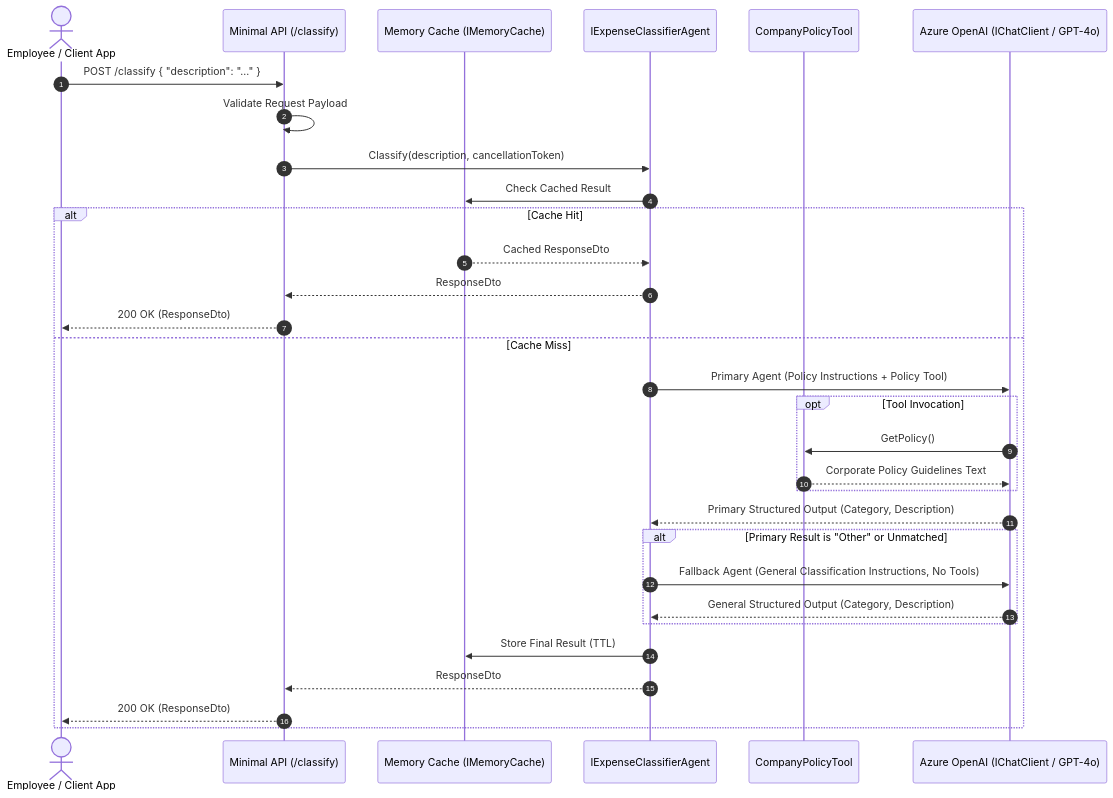
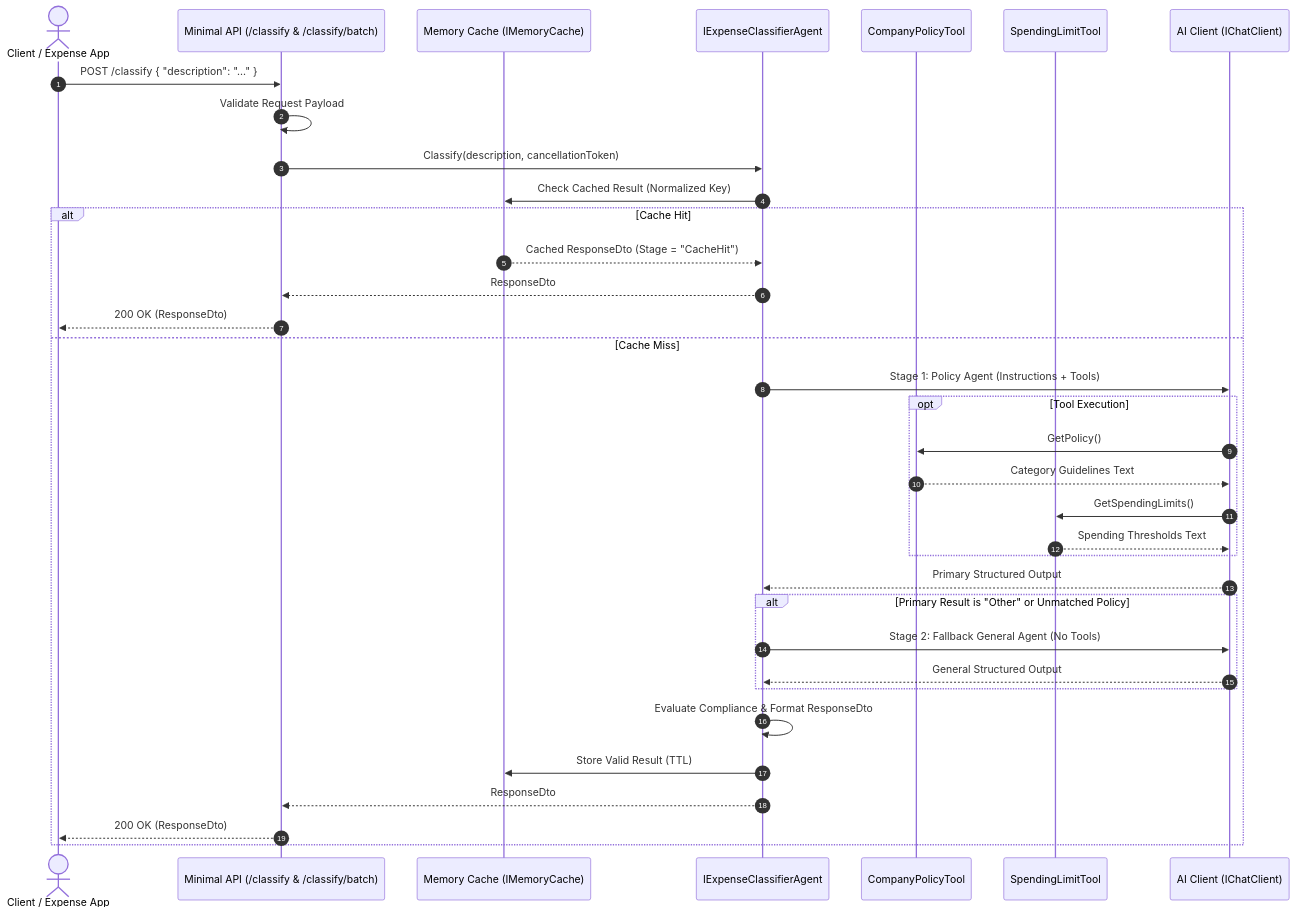
One commit to developerslearnit/ai-engineer-practical-assessment changed the diagram in README.md. Above: the diagram before and after it, drawn with Mermaid. The commit also changed other lines of this file and 13 other files, not shown here.

````diff
--- a/README.md
+++ b/README.md
@@ -40,34 +50,38 @@
 ```mermaid
 sequenceDiagram
     autonumber
-    actor Client as Employee / Client App
-    participant API as Minimal API (/classify)
+    actor Client as Client / Expense App
+    participant API as Minimal API (/classify & /classify/batch)
     participant Cache as Memory Cache (IMemoryCache)
     participant Agent as IExpenseClassifierAgent
-    participant Policy as CompanyPolicyTool
-    participant LLM as Azure OpenAI (IChatClient / GPT-4o)
+    participant PolicyTool as CompanyPolicyTool
+    participant LimitTool as SpendingLimitTool
+    participant LLM as AI Client (IChatClient)
 
     Client->>API: POST /classify { "description": "..." }
     API->>API: Validate Request Payload
     API->>Agent: Classify(description, cancellationToken)
-    Agent->>Cache: Check Cached Result
+    Agent->>Cache: Check Cached Result (Normalized Key)
     alt Cache Hit
-        Cache-->>Agent: Cached ResponseDto
+        Cache-->>Agent: Cached ResponseDto (Stage = "CacheHit")
         Agent-->>API: ResponseDto
         API-->>Client: 200 OK (ResponseDto)
     else Cache Miss
-        Agent->>LLM: Primary Agent (Policy Instructions + Policy Tool)
-        opt Tool Invocation
-            LLM->>Policy: GetPolicy()
-            Policy-->>LLM: Corporate Policy Guidelines Text
+        Agent->>LLM: Stage 1: Policy Agent (Instructions + Tools)
+        opt Tool Execution
+            LLM->>PolicyTool: GetPolicy()
+            PolicyTool-->>LLM: Category Guidelines Text
+            LLM->>LimitTool: GetSpendingLimits()
+            LimitTool-->>LLM: Spending Thresholds Text
         end
-        LLM-->>Agent: Primary Structured Output (Category, Description)
-        alt Primary Result is "Other" or Unmatched
-            Agent->>LLM: Fallback Agent (General Classification Instructions, No Tools)
-            LLM-->>Agent: General Structured Output (Category, Description)
+        LLM-->>Agent: Primary Structured Output
+        alt Primary Result is "Other" or Unmatched Policy
+            Agent->>LLM: Stage 2: Fallback General Agent (No Tools)
+            LLM-->>Agent: General Structured Output
         end
-        Agent->>Cache: Store Final Result (TTL)
+        Agent->>Agent: Evaluate Compliance & Format ResponseDto
+        Agent->>Cache: Store Valid Result (TTL)
         Agent-->>API: ResponseDto
         API-->>Client: 200 OK (ResponseDto)
     end
 ```
````
